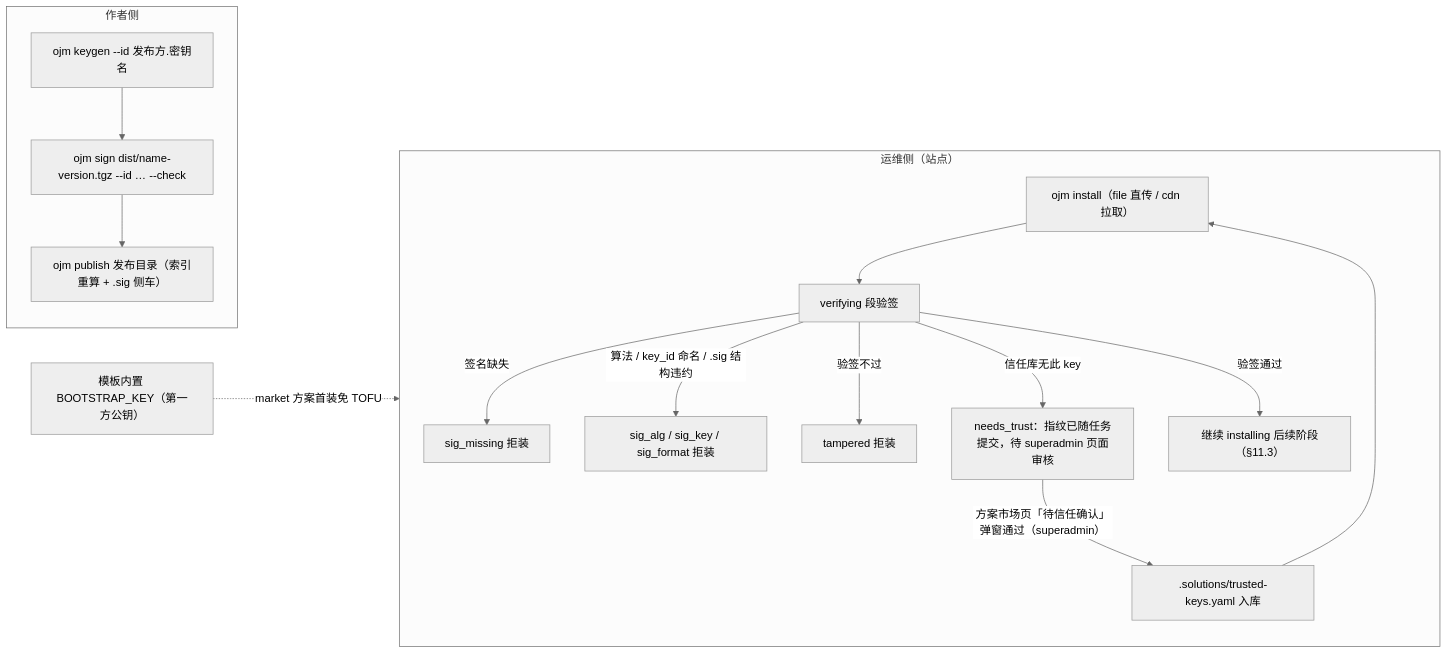
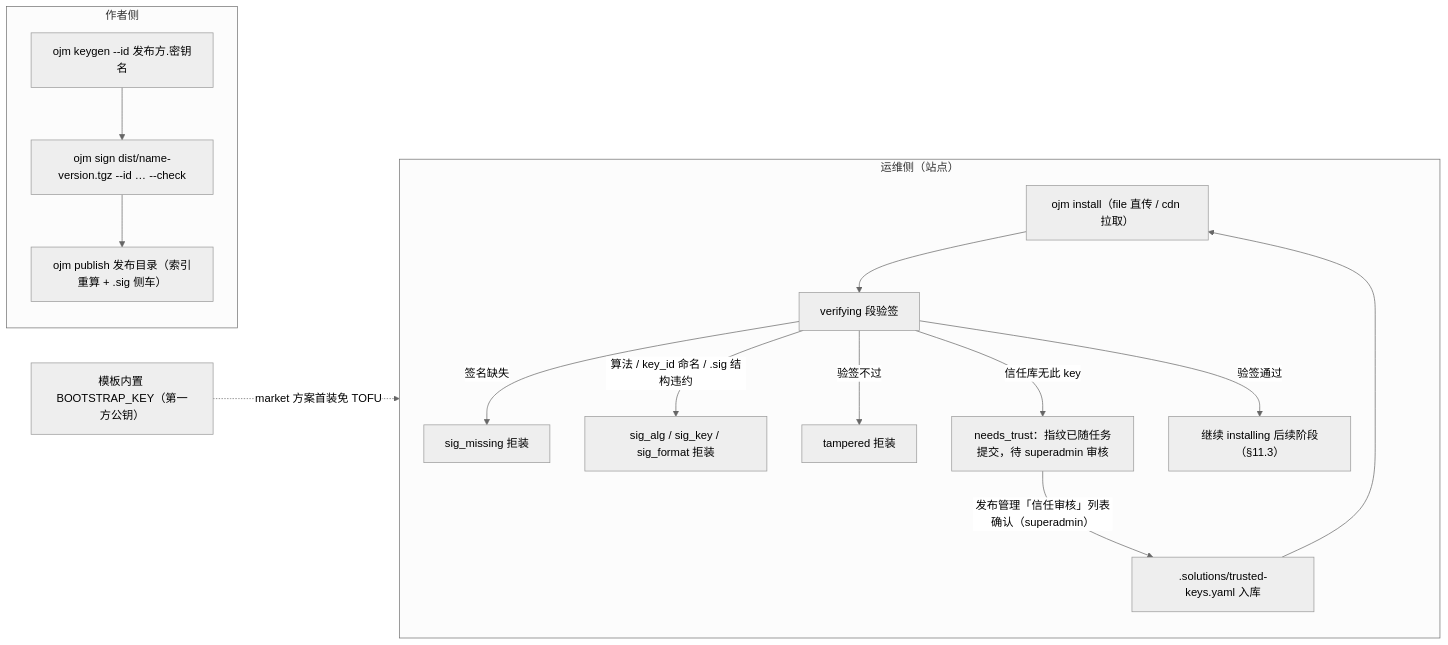
The fourth of 4 diagrams in docs/devkit/manual.md (everpan/oj-module), drawn with Mermaid (neutral theme) before and after one commit. The commit also changed other lines of this file and 28 other files, not shown here.

First line of the commit message:
feat(market): 信任审核落到发布管理页——新增 GET /oj-market/trust/review 与「信任审核」区

````diff
--- a/docs/devkit/manual.md
+++ b/docs/devkit/manual.md
@@ -2205,20 +2205,20 @@
 ```mermaid
 flowchart LR
   subgraph author["作者侧"]
     direction TB
     K["ojm keygen --id 发布方.密钥名"] --> S["ojm sign dist/name-version.tgz --id … --check"]
     S --> PUB["ojm publish 发布目录（索引重算 + .sig 侧车）"]
   end
   subgraph ops["运维侧（站点）"]
     direction TB
     INST["ojm install（file 直传 / cdn 拉取）"] --> VER["verifying 段验签"]
     VER -->|"签名缺失"| E1["sig_missing 拒装"]
     VER -->|"算法 / key_id 命名 / .sig 结构违约"| E2["sig_alg / sig_key / sig_format 拒装"]
     VER -->|"验签不过"| E3["tampered 拒装"]
-    VER -->|"信任库无此 key"| TOFU["needs_trust：指纹已随任务提交，待 superadmin 页面审核"]
-    TOFU -->|"方案市场页「待信任确认」弹窗通过（superadmin）"| LIB[".solutions/trusted-keys.yaml 入库"]
+    VER -->|"信任库无此 key"| TOFU["needs_trust：指纹已随任务提交，待 superadmin 审核"]
+    TOFU -->|"发布管理「信任审核」列表确认（superadmin）"| LIB[".solutions/trusted-keys.yaml 入库"]
     LIB --> INST
     VER -->|"验签通过"| NEXT["继续 installing 后续阶段（§11.3）"]
   end
   BOOT["模板内置 BOOTSTRAP_KEY（第一方公钥）"] -. "market 方案首装免 TOFU" .-> VER
 ```
````
